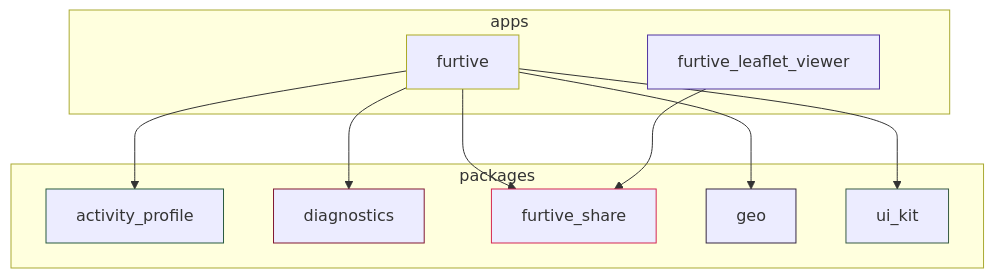
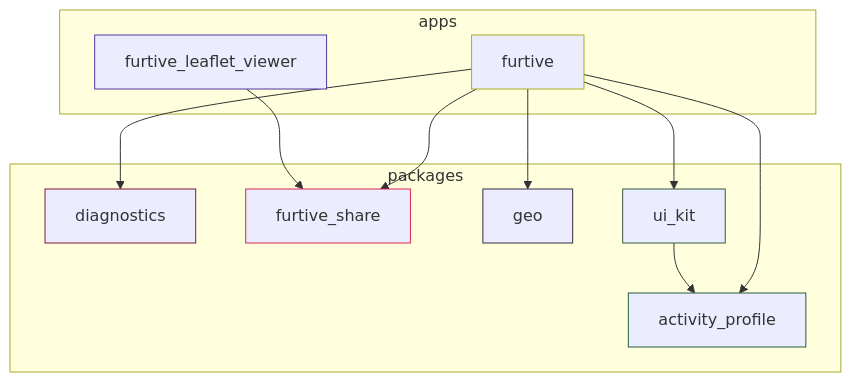
Before and after one commit to ethicnology-agent/furtive: the diagram in docs/module-graph.md, drawn with Mermaid. The commit also changed 19 other files, not shown here.

First line of the commit message:
refactor(ui_kit): take the display formatting and the activity picker

````diff
--- a/docs/module-graph.md
+++ b/docs/module-graph.md
@@ -5,34 +5,35 @@
 ```mermaid
 graph TD
   activity_profile["activity_profile"]
   style activity_profile stroke:#295a3f
   diagnostics["diagnostics"]
   style diagnostics stroke:#811832
   furtive["furtive"]
   style furtive stroke:#acaa26
   furtive_leaflet_viewer["furtive_leaflet_viewer"]
   style furtive_leaflet_viewer stroke:#5135a1
   furtive_share["furtive_share"]
   style furtive_share stroke:#d42752
   geo["geo"]
   style geo stroke:#362842
   ui_kit["ui_kit"]
   style ui_kit stroke:#375a43
   furtive --> activity_profile
   furtive --> diagnostics
   furtive --> furtive_share
   furtive --> geo
   furtive --> ui_kit
   furtive_leaflet_viewer --> furtive_share
+  ui_kit --> activity_profile
   subgraph packages0 ["packages"]
     activity_profile
     diagnostics
     furtive_share
     geo
     ui_kit
   end
   subgraph apps1 ["apps"]
     furtive
     furtive_leaflet_viewer
   end
 ```
````
